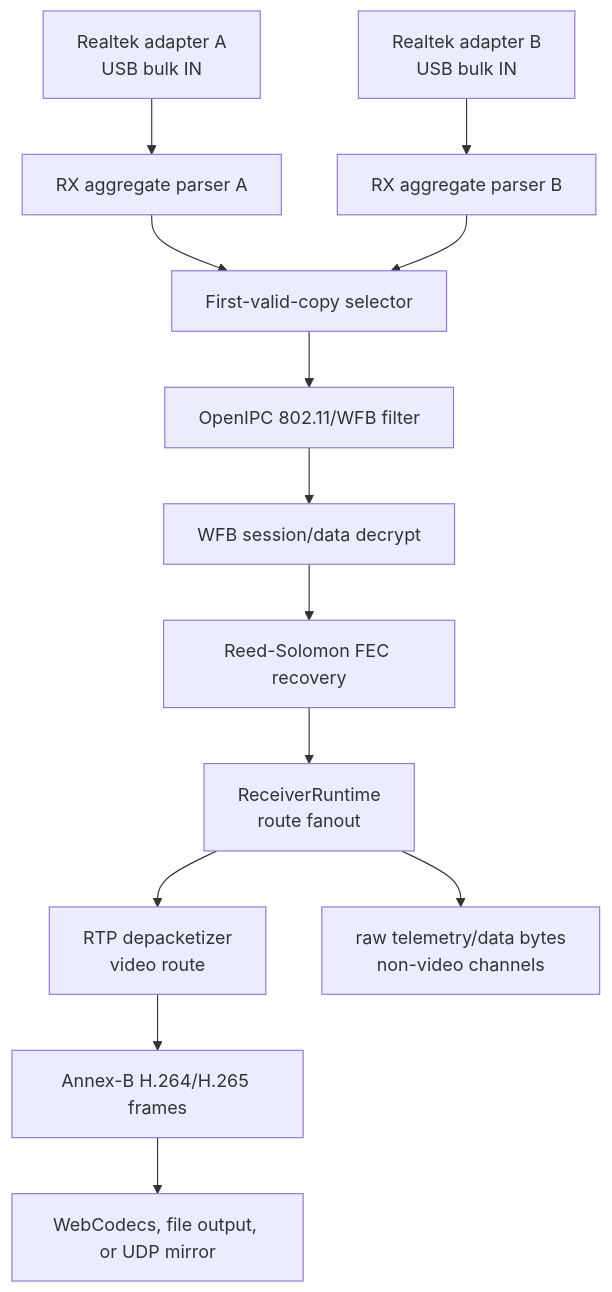
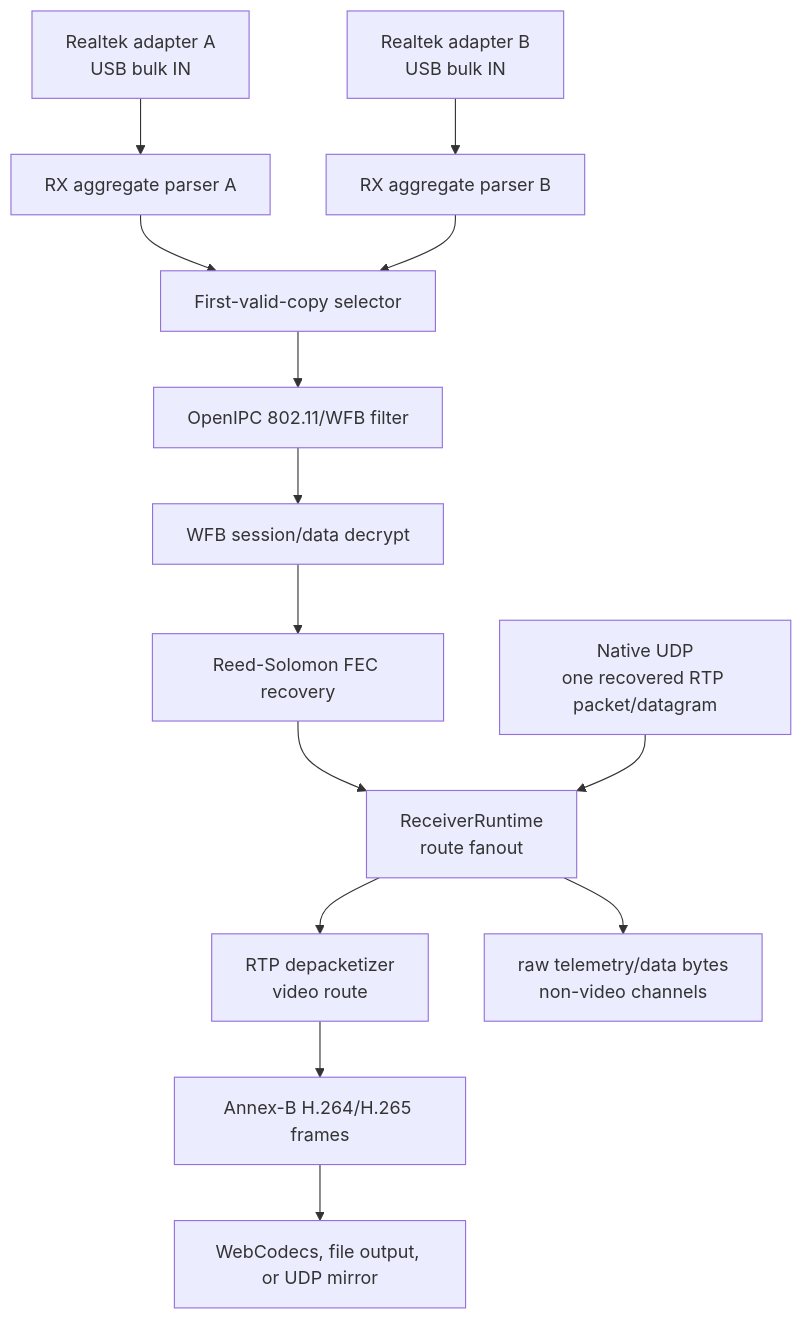
Before and after one commit to neelsani/openipc-rs: the second of 3 diagrams in docs/docs/architecture.md, drawn with Mermaid. The commit also changed other lines of this file and 27 other files, not shown here.

Commit message:
feat(nebulus): add UDP RTP input and OSD profiles

````diff
--- a/docs/docs/architecture.md
+++ b/docs/docs/architecture.md
@@ -121,15 +121,16 @@
 ```mermaid
 flowchart TD
     A1["Realtek adapter A<br/>USB bulk IN"] --> B1["RX aggregate parser A"]
     A2["Realtek adapter B<br/>USB bulk IN"] --> B2["RX aggregate parser B"]
     B1 --> S["First-valid-copy selector"]
     B2 --> S
     S --> C["OpenIPC 802.11/WFB filter"]
     C --> D["WFB session/data decrypt"]
     D --> E["Reed-Solomon FEC recovery"]
     E --> P["ReceiverRuntime<br/>route fanout"]
+    U["Native UDP<br/>one recovered RTP packet/datagram"] --> P
     P --> F["RTP depacketizer<br/>video route"]
     F --> G["Annex-B H.264/H.265 frames"]
     G --> H["WebCodecs, file output, or UDP mirror"]
     P --> J["raw telemetry/data bytes<br/>non-video channels"]
 ```
````
